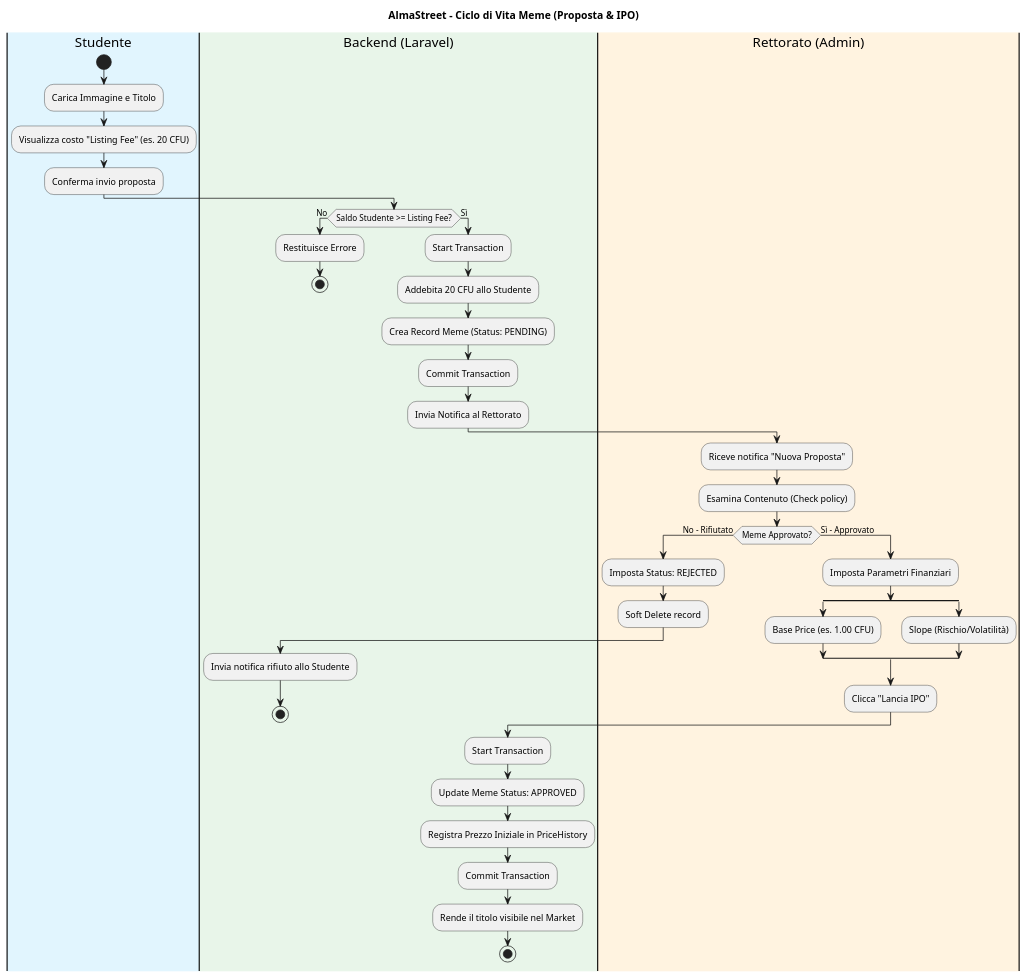
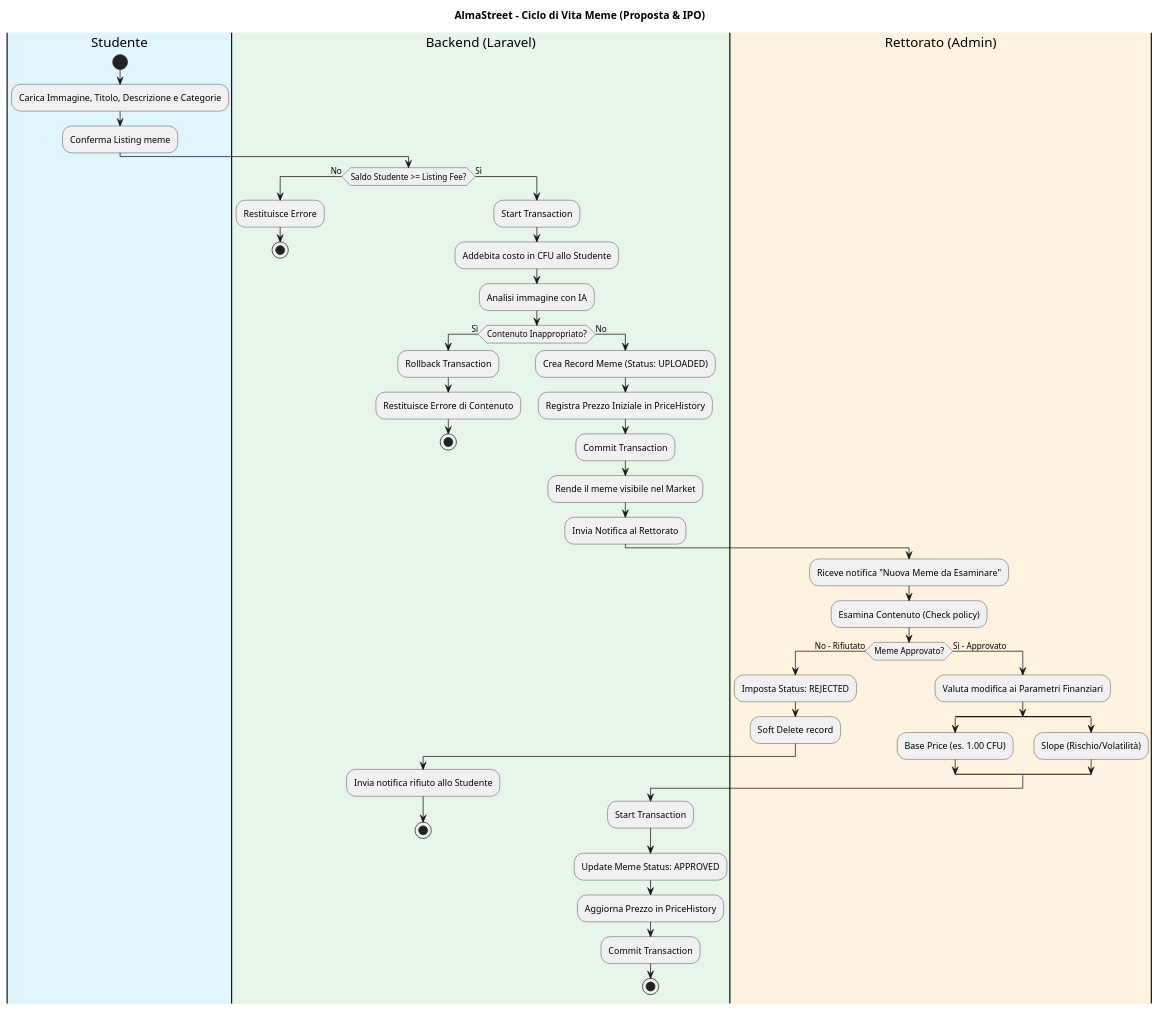
Before and after one commit to D3stan/uni-meme-stock-market: the diagram in memesLifecycle.wsd, drawn with PlantUML.

Commit message:
Refine meme lifecycle flow: enhance listing process and update notification messages

```diff
--- a/memesLifecycle.wsd
+++ b/memesLifecycle.wsd
@@ -1,50 +1,55 @@
 @startuml
 title AlmaStreet - Ciclo di Vita Meme (Proposta & IPO)
 
 |#e1f5fe|Studente|
 start
-:Carica Immagine e Titolo;
-:Visualizza costo "Listing Fee" (es. 20 CFU);
-:Conferma invio proposta;
+:Carica Immagine, Titolo, Descrizione e Categorie;
+:Conferma Listing meme;
 
 |#e8f5e9|Backend (Laravel)|
 if (Saldo Studente >= Listing Fee?) then (No)
     :Restituisce Errore;
     stop
 else (Sì)
     :Start Transaction;
-    :Addebita 20 CFU allo Studente;
-    :Crea Record Meme (Status: PENDING);
+    :Addebita costo in CFU allo Studente;
+    :Analisi immagine con IA;
+    if (Contenuto Inappropriato?) then (Sì)
+        :Rollback Transaction;
+        :Restituisce Errore di Contenuto;
+        stop
+    else (No)
+    :Crea Record Meme (Status: UPLOADED);
+    :Registra Prezzo Iniziale in PriceHistory;
     :Commit Transaction;
+    :Rende il meme visibile nel Market;
     :Invia Notifica al Rettorato;
 endif
 
 |#fff3e0|Rettorato (Admin)|
-:Riceve notifica "Nuova Proposta";
+:Riceve notifica "Nuova Meme da Esaminare";
 :Esamina Contenuto (Check policy);
 
 if (Meme Approvato?) then (No - Rifiutato)
     :Imposta Status: REJECTED;
     :Soft Delete record;
     |Backend (Laravel)|
     :Invia notifica rifiuto allo Studente;
     stop
 else (Sì - Approvato)
     |Rettorato (Admin)|
-    :Imposta Parametri Finanziari;
+    :Valuta modifica ai Parametri Finanziari;
     split
         :Base Price (es. 1.00 CFU);
     split again
         :Slope (Rischio/Volatilità);
     end split
-    :Clicca "Lancia IPO";
 
     |Backend (Laravel)|
     :Start Transaction;
     :Update Meme Status: APPROVED;
-    :Registra Prezzo Iniziale in PriceHistory;
+    :Aggiorna Prezzo in PriceHistory;
     :Commit Transaction;
-    :Rende il titolo visibile nel Market;
     stop
 endif
 @enduml
```
